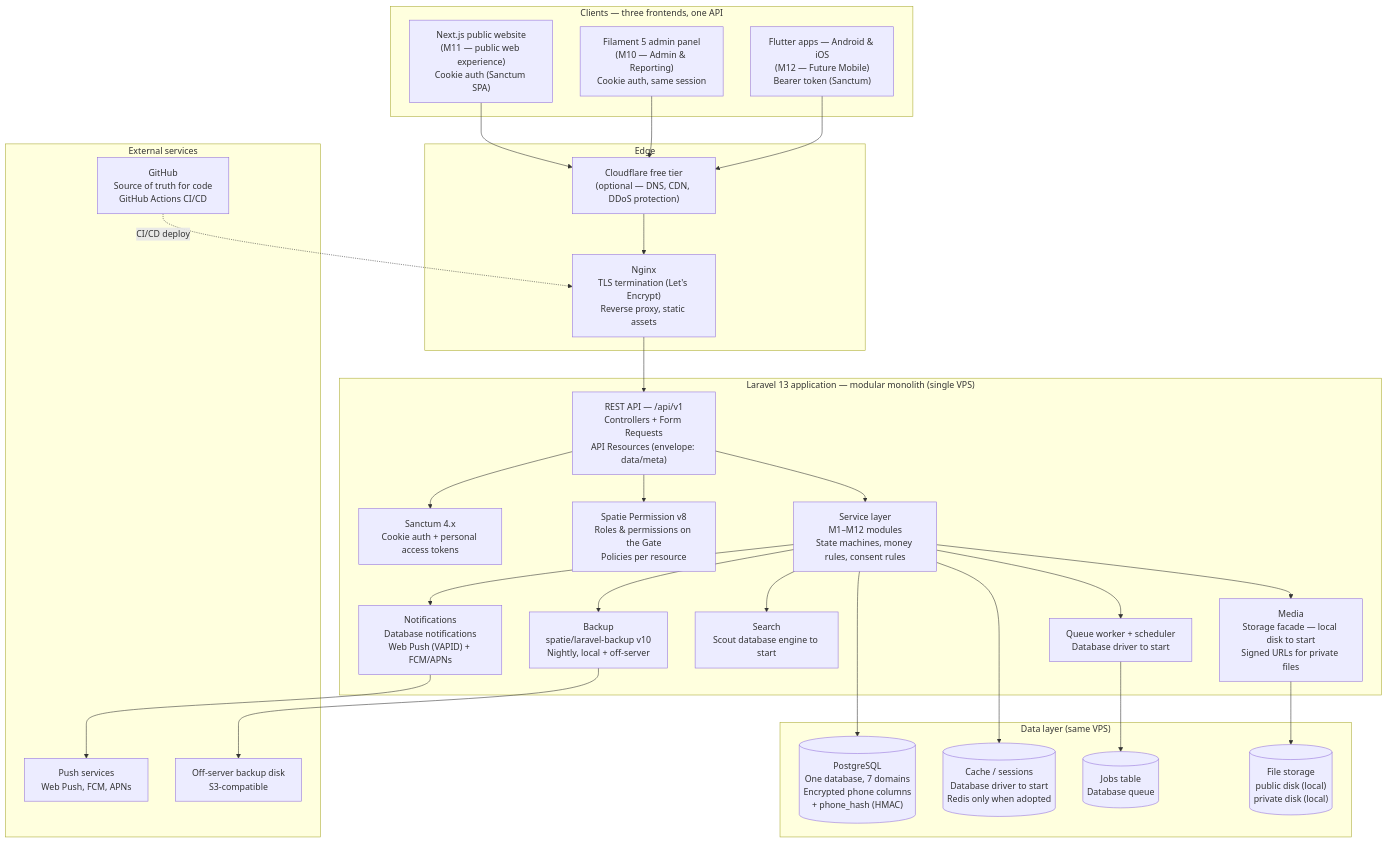
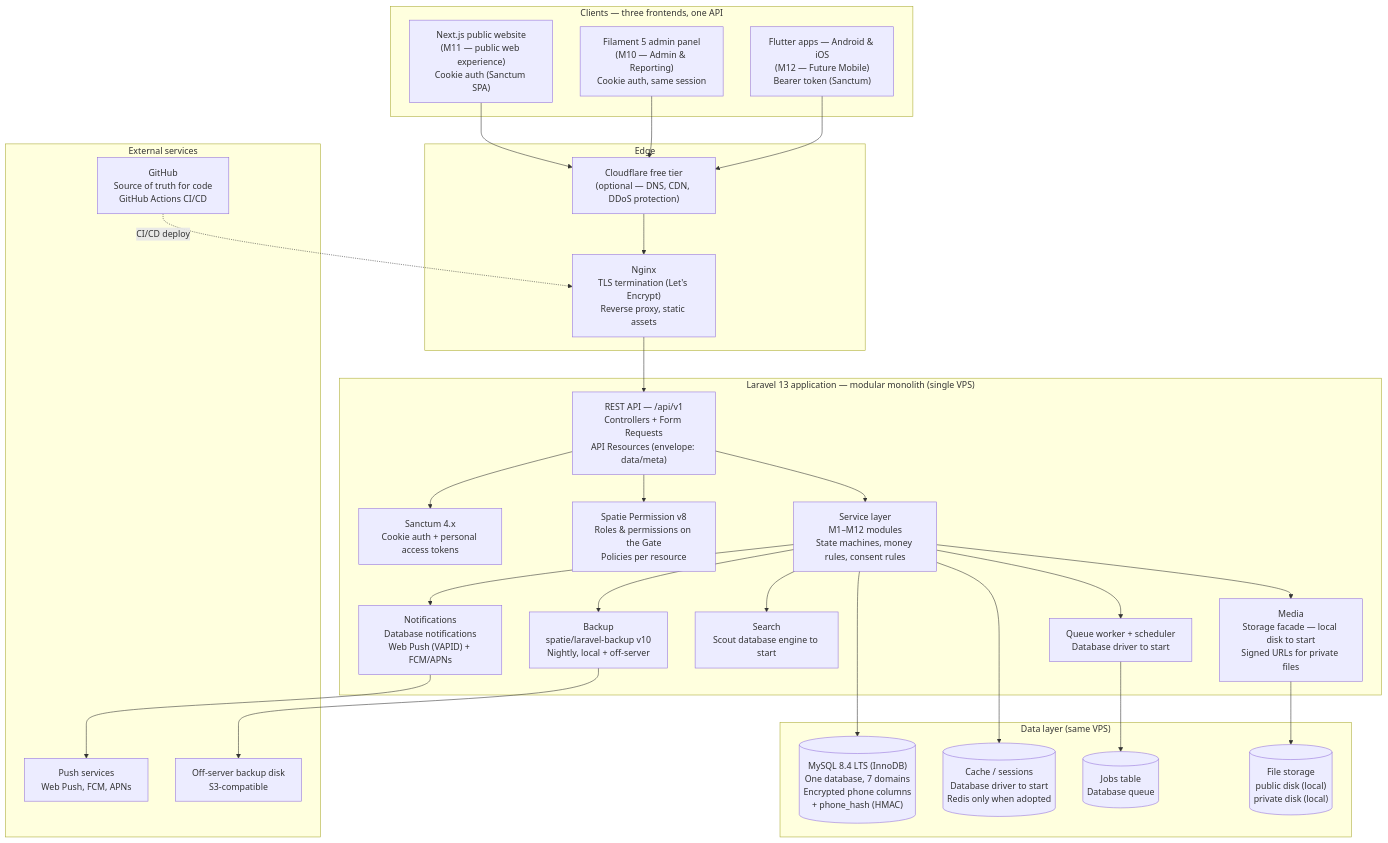
One commit to mefahim/satanipara-community changed the diagram in docs/backend-architecture/diagrams/SYSTEM-ARCHITECTURE.md. Above: the diagram before and after it, drawn with Mermaid. The commit also changed other lines of this file and 33 other files, not shown here.

Commit message:
Phase 0.1: reconcile architecture, security and database blueprint

````diff
--- a/docs/backend-architecture/diagrams/SYSTEM-ARCHITECTURE.md
+++ b/docs/backend-architecture/diagrams/SYSTEM-ARCHITECTURE.md
@@ -11,59 +11,59 @@
 ```mermaid
 flowchart TD
     subgraph Clients["Clients — three frontends, one API"]
         WEB["Next.js public website<br/>(M11 — public web experience)<br/>Cookie auth (Sanctum SPA)"]
         ADMIN["Filament 5 admin panel<br/>(M10 — Admin & Reporting)<br/>Cookie auth, same session"]
         APP["Flutter apps — Android & iOS<br/>(M12 — Future Mobile)<br/>Bearer token (Sanctum)"]
     end
 
     subgraph Edge["Edge"]
         CF["Cloudflare free tier<br/>(optional — DNS, CDN, DDoS protection)"]
         NGINX["Nginx<br/>TLS termination (Let's Encrypt)<br/>Reverse proxy, static assets"]
     end
 
     subgraph Backend["Laravel 13 application — modular monolith (single VPS)"]
         API["REST API — /api/v1<br/>Controllers + Form Requests<br/>API Resources (envelope: data/meta)"]
         AUTH["Sanctum 4.x<br/>Cookie auth + personal access tokens"]
         RBAC["Spatie Permission v8<br/>Roles & permissions on the Gate<br/>Policies per resource"]
         SVC["Service layer<br/>M1–M12 modules<br/>State machines, money rules, consent rules"]
         NOTIF["Notifications<br/>Database notifications<br/>Web Push (VAPID) + FCM/APNs"]
         QUEUE["Queue worker + scheduler<br/>Database driver to start"]
         SEARCH["Search<br/>Scout database engine to start"]
         MEDIA["Media<br/>Storage facade — local disk to start<br/>Signed URLs for private files"]
         BACKUP["Backup<br/>spatie/laravel-backup v10<br/>Nightly, local + off-server"]
     end
 
     subgraph Data["Data layer (same VPS)"]
-        PG[("PostgreSQL<br/>One database, 7 domains<br/>Encrypted phone columns<br/>+ phone_hash (HMAC)")]
+        DB[("MySQL 8.4 LTS (InnoDB)<br/>One database, 7 domains<br/>Encrypted phone columns<br/>+ phone_hash (HMAC)")]
         CACHE[("Cache / sessions<br/>Database driver to start<br/>Redis only when adopted")]
         JOBS[("Jobs table<br/>Database queue")]
         STORE[("File storage<br/>public disk (local)<br/>private disk (local)")]
     end
 
     subgraph External["External services"]
         PUSH["Push services<br/>Web Push, FCM, APNs"]
         S3["Off-server backup disk<br/>S3-compatible"]
         GH["GitHub<br/>Source of truth for code<br/>GitHub Actions CI/CD"]
     end
 
     WEB --> CF
     ADMIN --> CF
     APP --> CF
     CF --> NGINX
     NGINX --> API
     API --> AUTH
     API --> RBAC
     API --> SVC
     SVC --> NOTIF
     SVC --> QUEUE
     SVC --> SEARCH
     SVC --> MEDIA
     SVC --> BACKUP
-    SVC --> PG
+    SVC --> DB
     SVC --> CACHE
     QUEUE --> JOBS
     MEDIA --> STORE
     NOTIF --> PUSH
     BACKUP --> S3
     GH -.->|"CI/CD deploy"| NGINX
 ```
````
